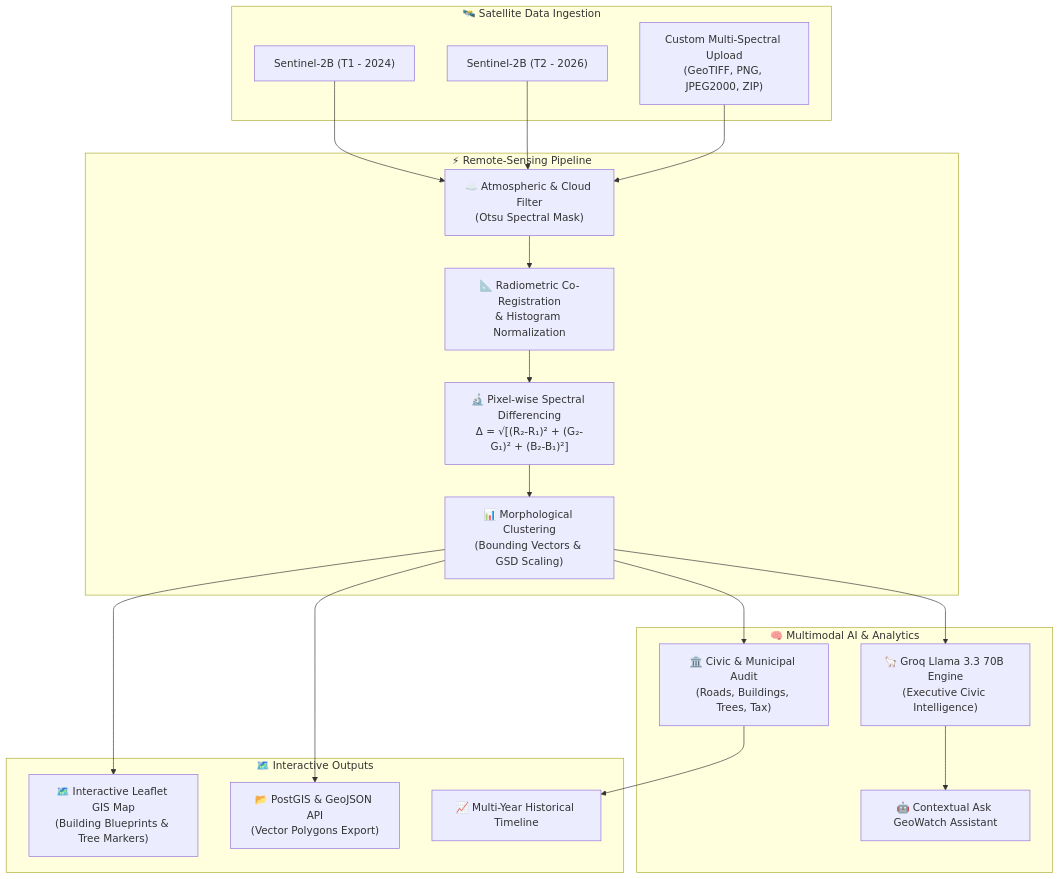
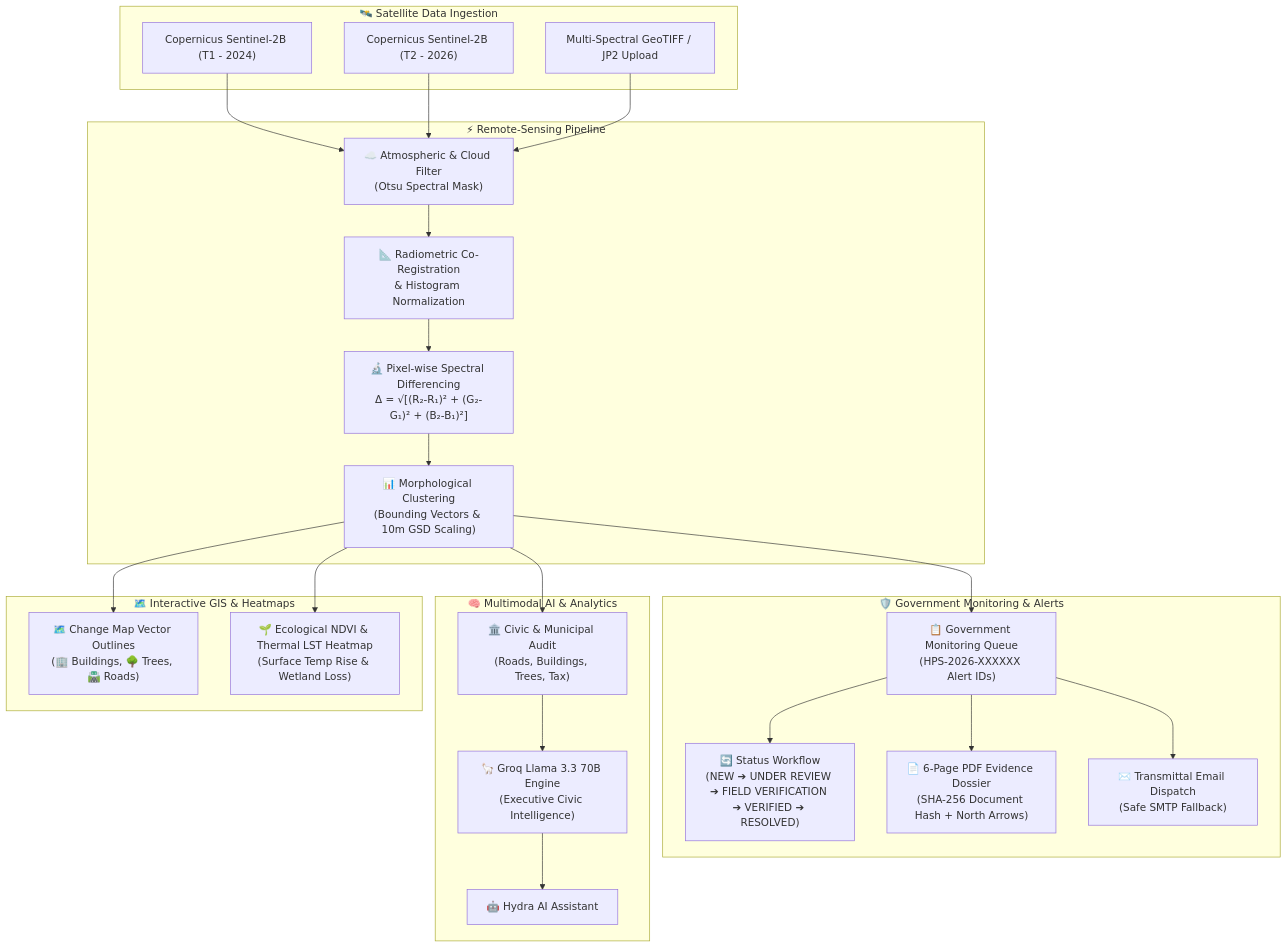
The diagram in README.md (24ug1byai106-png/Geowatch), drawn with Mermaid before and after one commit. The commit also changed other lines of this file and 13 other files, not shown here.

Commit message:
feat: upgrade project to HYDRA POSITIONING SYSTEM with Government Monitoring, 6-page PDF Evidence Dossier, and Email Sharing

````diff
--- a/README.md
+++ b/README.md
@@ -24,38 +25,45 @@
 ```mermaid
 flowchart TD
     subgraph Ingestion ["🛰️ Satellite Data Ingestion"]
-        S2_2024["Sentinel-2B (T1 - 2024)"]
-        S2_2026["Sentinel-2B (T2 - 2026)"]
-        Upload["Custom Multi-Spectral Upload\n(GeoTIFF, PNG, JPEG2000, ZIP)"]
+        S2_2024["Copernicus Sentinel-2B (T1 - 2024)"]
+        S2_2026["Copernicus Sentinel-2B (T2 - 2026)"]
+        Upload["Multi-Spectral GeoTIFF / JP2 Upload"]
     end
 
     subgraph Processing ["⚡ Remote-Sensing Pipeline"]
         CloudMask["☁️ Atmospheric & Cloud Filter\n(Otsu Spectral Mask)"]
         CoReg["📐 Radiometric Co-Registration\n& Histogram Normalization"]
         Diff["🔬 Pixel-wise Spectral Differencing\nΔ = √[(R₂-R₁)² + (G₂-G₁)² + (B₂-B₁)²]"]
-        Contour["📊 Morphological Clustering\n(Bounding Vectors & GSD Scaling)"]
+        Contour["📊 Morphological Clustering\n(Bounding Vectors & 10m GSD Scaling)"]
+    end
+
+    subgraph GovModule ["🛡️ Government Monitoring & Alerts"]
+        AlertQueue["📋 Government Monitoring Queue\n(HPS-2026-XXXXXX Alert IDs)"]
+        StatusWorkflow["🔄 Status Workflow\n(NEW ➔ UNDER REVIEW ➔ FIELD VERIFICATION ➔ VERIFIED ➔ RESOLVED)"]
+        PDFGen["📄 6-Page PDF Evidence Dossier\n(SHA-256 Document Hash + North Arrows)"]
+        EmailShare["✉️ Transmittal Email Dispatch\n(Safe SMTP Fallback)"]
     end
 
     subgraph AI ["🧠 Multimodal AI & Analytics"]
         Groq["🦙 Groq Llama 3.3 70B Engine\n(Executive Civic Intelligence)"]
         CivicAudit["🏛️ Civic & Municipal Audit\n(Roads, Buildings, Trees, Tax)"]
-        AskAI["🤖 Contextual Ask GeoWatch Assistant"]
+        AskAI["🤖 Hydra AI Assistant"]
     end
 
-    subgraph Outputs ["🗺️ Interactive Outputs"]
-        GISMap["🗺️ Interactive Leaflet GIS Map\n(Building Blueprints & Tree Markers)"]
-        GeoJSON["📂 PostGIS & GeoJSON API\n(Vector Polygons Export)"]
-        Timeline["📈 Multi-Year Historical Timeline"]
+    subgraph Outputs ["🗺️ Interactive GIS & Heatmaps"]
+        GISMap["🗺️ Change Map Vector Outlines\n(🏢 Buildings, 🌳 Trees, 🛣️ Roads)"]
+        NDVIMap["🌱 Ecological NDVI & Thermal LST Heatmap\n(Surface Temp Rise & Wetland Loss)"]
     end
 
     S2_2024 --> CloudMask
     S2_2026 --> CloudMask
     Upload --> CloudMask
 
     CloudMask --> CoReg --> Diff --> Contour
-    Contour --> CivicAudit
-    Contour --> Groq --> AskAI
+    Contour --> AlertQueue --> StatusWorkflow
+    AlertQueue --> PDFGen
+    AlertQueue --> EmailShare
+    Contour --> CivicAudit --> Groq --> AskAI
     Contour --> GISMap
-    Contour --> GeoJSON
-    CivicAudit --> Timeline
+    Contour --> NDVIMap
 ```
````
